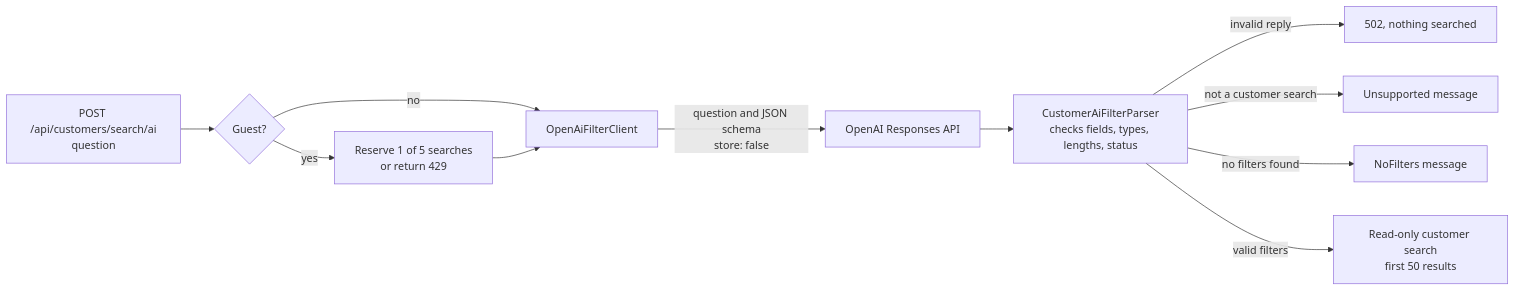
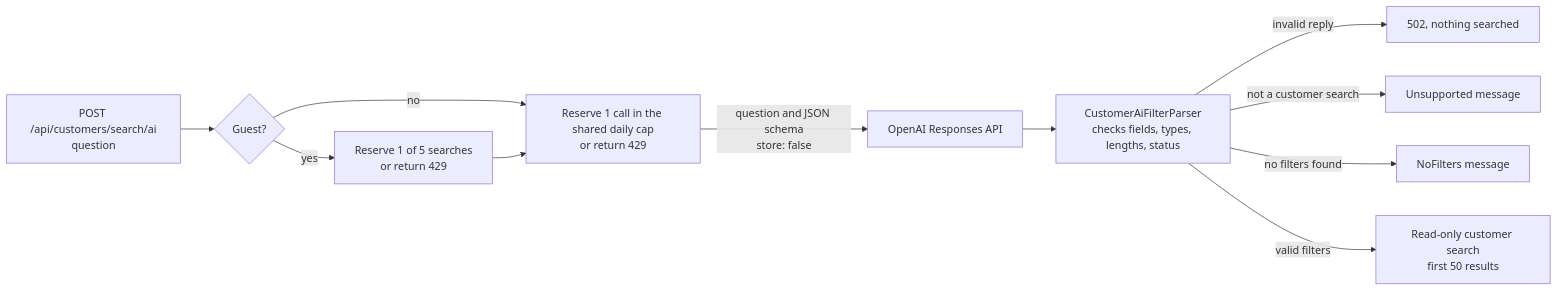
The fourth of 4 diagrams in README.md (AhmedKamal-41/DataBridge), drawn with Mermaid before and after one commit. The commit also changed other lines of this file and 58 other files, not shown here.

````diff
--- a/README.md
+++ b/README.md
@@ -277,13 +296,13 @@
 ```mermaid
 flowchart LR
     A["POST /api/customers/search/ai<br/>question"] --> B{"Guest?"}
     B -->|"yes"| C["Reserve 1 of 5 searches<br/>or return 429"]
-    B -->|"no"| D["OpenAiFilterClient"]
+    B -->|"no"| D["Reserve 1 call in the shared daily cap<br/>or return 429"]
     C --> D
     D -->|"question and JSON schema<br/>store: false"| E["OpenAI Responses API"]
     E --> F["CustomerAiFilterParser<br/>checks fields, types, lengths, status"]
     F -->|"invalid reply"| G["502, nothing searched"]
     F -->|"not a customer search"| H["Unsupported message"]
     F -->|"no filters found"| I["NoFilters message"]
     F -->|"valid filters"| J["Read-only customer search<br/>first 50 results"]
 ```
````
